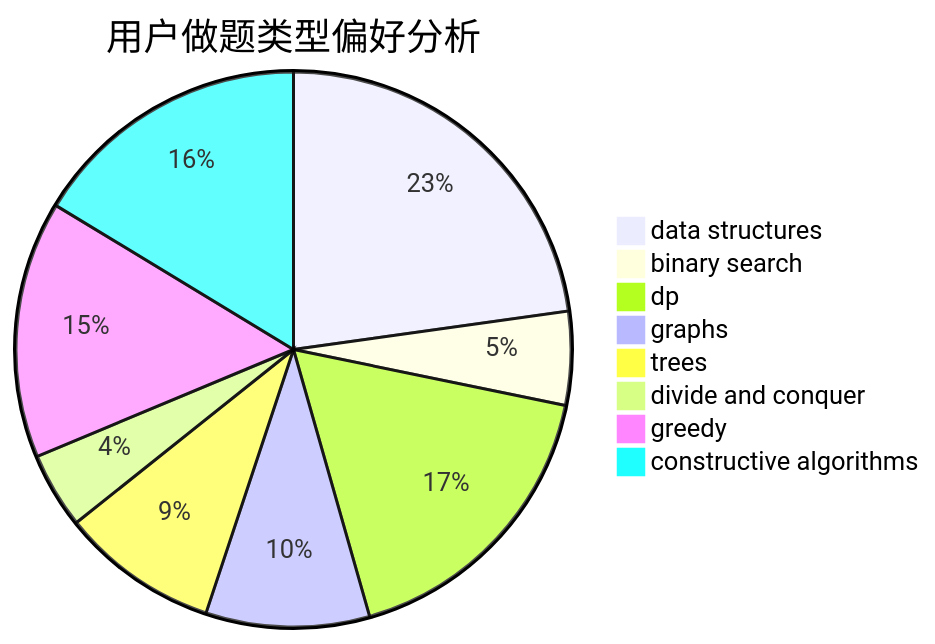
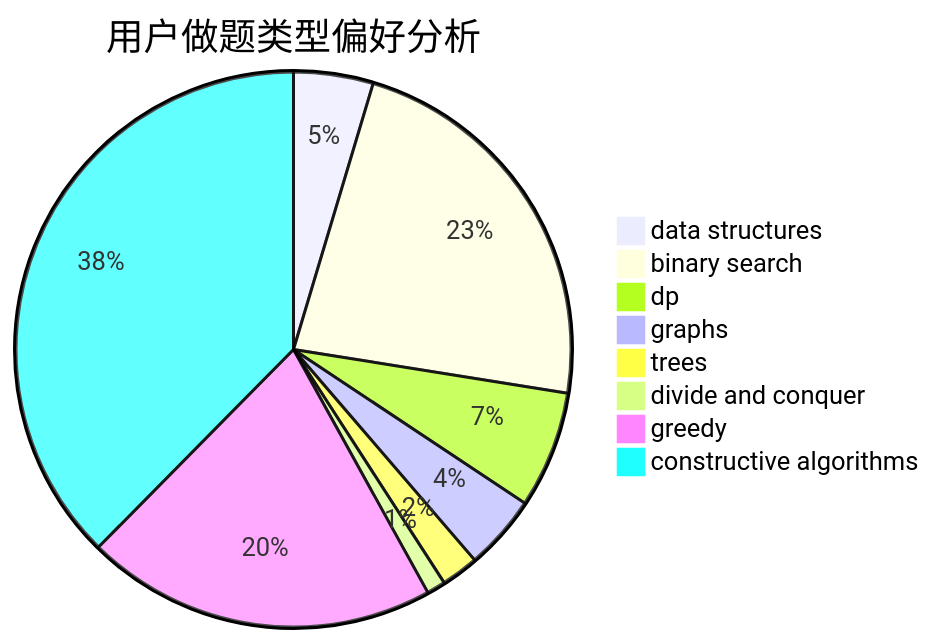
The second of 3 diagrams in docs/user/u2460.md (sherpahu/cfrs.github.io), drawn with Mermaid before and after one commit. The commit also changed other lines of this file and 2770 other files, not shown here.

````diff
--- a/docs/user/u2460.md
+++ b/docs/user/u2460.md
@@ -23,11 +23,11 @@
 ```mermaid
 pie title 用户做题类型偏好分析
-    "data structures" :  67
-    "binary search" :  16
-    "dp" :  51
-    "graphs" :  28
-    "trees" :  27
-    "divide and conquer" :  13
-    "greedy" :  44
-    "constructive algorithms" :  48
+    "data structures" :  17
+    "binary search" :  84
+    "dp" :  25
+    "graphs" :  16
+    "trees" :  8
+    "divide and conquer" :  4
+    "greedy" :  75
+    "constructive algorithms" :  138
 ```
````
